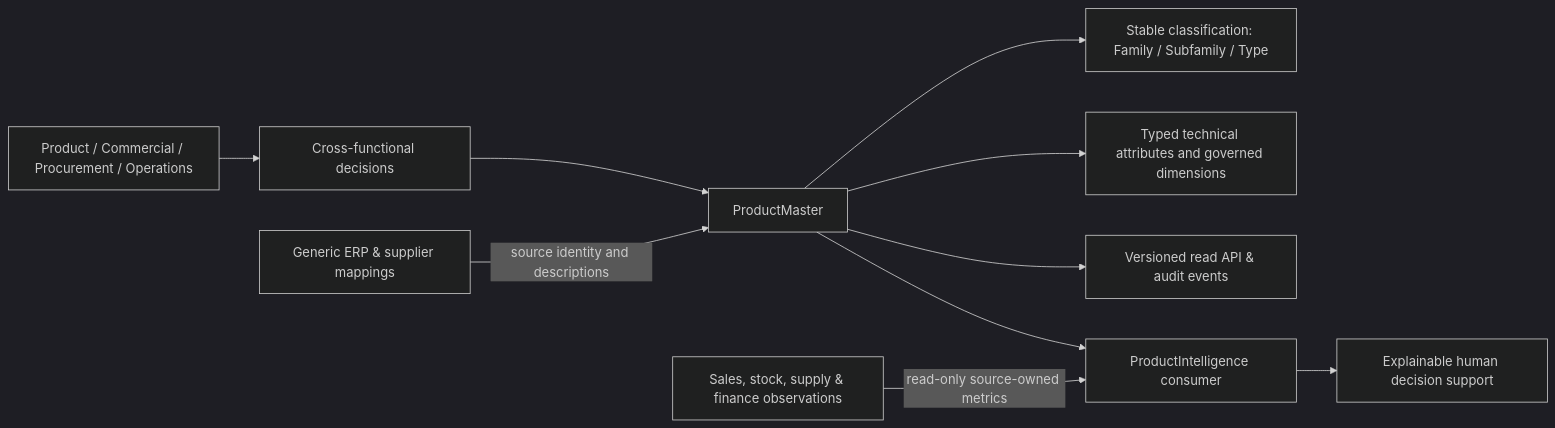
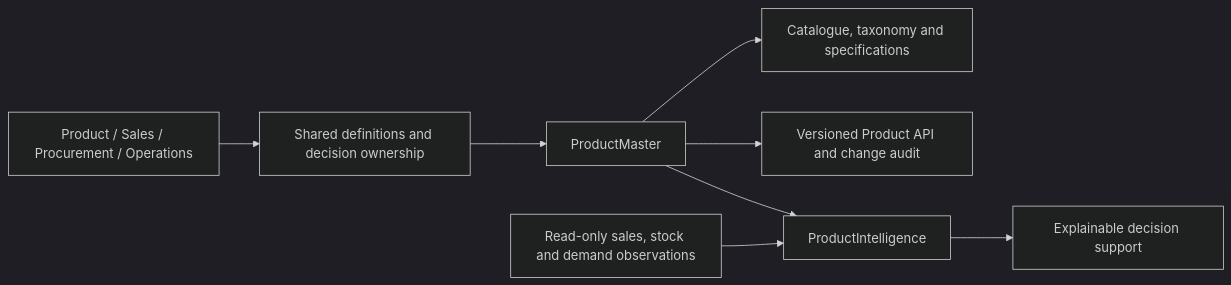
Before and after one commit to roger-sans/productmaster-enterprise-demo: the diagram in README.md, drawn with Mermaid (dark theme). The commit also changed other lines of this file and 3 other files, not shown here.

````diff
--- a/README.md
+++ b/README.md
@@ -70,12 +48,10 @@
-```mermaid
+~~~mermaid
 flowchart LR
-    B[Product / Commercial / Procurement / Operations] --> G[Cross-functional decisions]
-    G --> M[ProductMaster]
-    S[Generic ERP & supplier mappings] -->|source identity and descriptions| M
-    M --> T[Stable classification: Family / Subfamily / Type]
-    M --> A[Typed technical attributes and governed dimensions]
-    M --> R[Versioned read API & audit events]
-    M --> I[ProductIntelligence consumer]
-    O[Sales, stock, supply & finance observations] -->|read-only source-owned metrics| I
-    I --> D[Explainable human decision support]
-```
+    A[Product / Sales / Procurement / Operations] --> B[Shared definitions and decision ownership]
+    B --> C[ProductMaster]
+    C --> D[Catalogue, taxonomy and specifications]
+    C --> E[Versioned Product API and change audit]
+    C --> F[ProductIntelligence]
+    G[Read-only sales, stock and demand observations] --> F
+    F --> H[Explainable decision support]
+~~~
````
